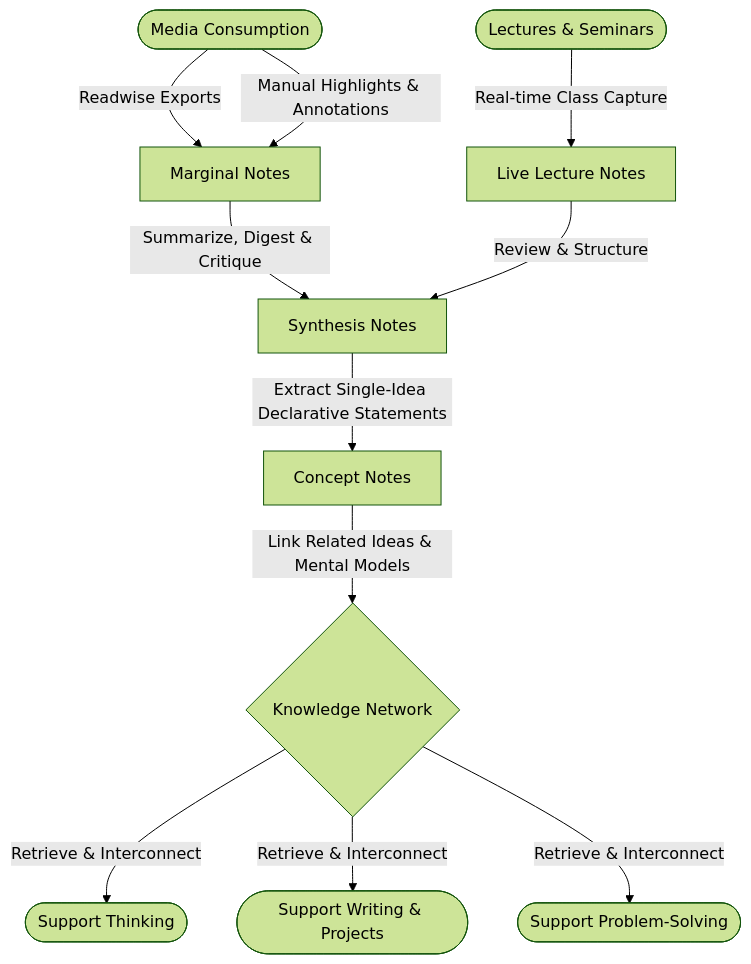
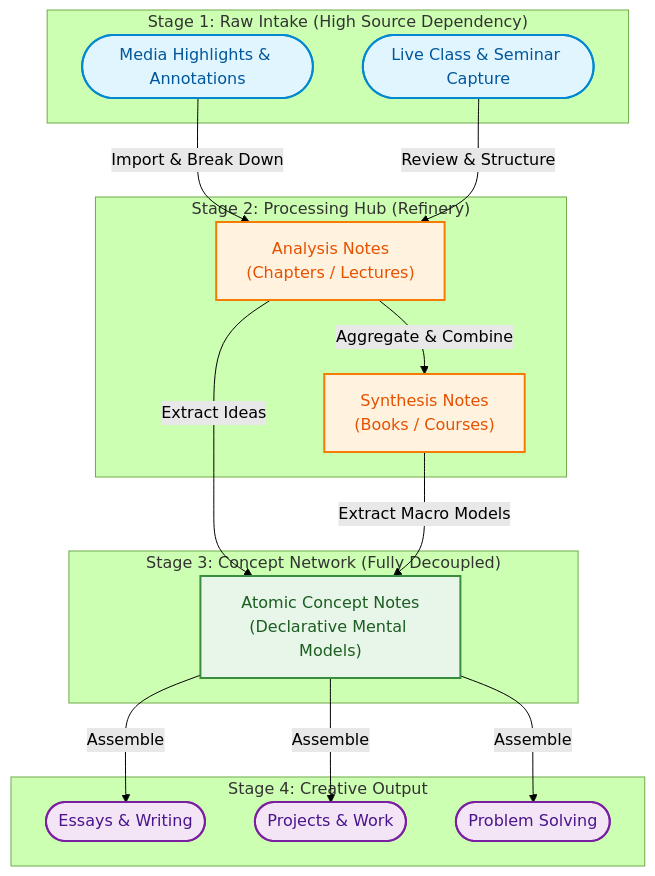
The diagram in README.md (matt2ology/tech-journal-and-blog), drawn with Mermaid (forest theme) before and after one commit. The commit also changed other lines of this file, not shown here.

Commit message:
refactor: enhance workflow diagram and update stage descriptions for clarity

````diff
--- a/README.md
+++ b/README.md
@@ -15,21 +15,42 @@
 ```mermaid
 flowchart TD
-    %% Intake Layer
-    A1([Media Consumption]) -->|Readwise Exports| B1[Marginal Notes]
-    A1 -->|Manual Highlights & Annotations| B1
-    A2([Lectures & Seminars]) -->|Real-time Class Capture| B2[Live Lecture Notes]
+    classDef stage1 fill:#e1f5fe,stroke:#0288d1,stroke-width:2px,color:#01579b;
+    classDef stage2 fill:#fff3e0,stroke:#f57c00,stroke-width:2px,color:#e65100;
+    classDef stage3 fill:#e8f5e9,stroke:#388e3c,stroke-width:2px,color:#1b5e20;
+    classDef stage4 fill:#f3e5f5,stroke:#7b1fa2,stroke-width:2px,color:#4a148c;
 
-    %% Synthesis Layer
-    B1 -->|Summarize, Digest & Critique| C[Synthesis Notes]
-    B2 -->|Review & Structure| C
+    subgraph S1 ["Stage 1: Raw Intake (High Source Dependency)"]
+        A1([Media Highlights & Annotations])
+        A2([Live Class & Seminar Capture])
+    end
 
-    %% Concept Layer
-    C -->|Extract Single-Idea Declarative Statements| D[Concept Notes]
+    subgraph S2 ["Stage 2: Processing Hub (Refinery)"]
+        B1["Analysis Notes\n(Chapters / Lectures)"]
+        B2["Synthesis Notes\n(Books / Courses)"]
+    end
 
-    %% Network & Output Layer
-    D -->|Link Related Ideas & Mental Models| E{Knowledge Network}
+    subgraph S3 ["Stage 3: Concept Network (Fully Decoupled)"]
+        C["Atomic Concept Notes\n(Declarative Mental Models)"]
+    end
 
-    E -->|Retrieve & Interconnect| F([Support Thinking])
-    E -->|Retrieve & Interconnect| G([Support Writing & Projects])
-    E -->|Retrieve & Interconnect| H([Support Problem-Solving])
+    subgraph S4 ["Stage 4: Creative Output"]
+        D1([Essays & Writing])
+        D2([Projects & Work])
+        D3([Problem Solving])
+    end
+
+    A1 -->|Import & Break Down| B1
+    A2 -->|Review & Structure| B1
+    B1 -->|Aggregate & Combine| B2
+    B1 -->|Extract Ideas| C
+    B2 -->|Extract Macro Models| C
+
+    C -->|Assemble| D1
+    C -->|Assemble| D2
+    C -->|Assemble| D3
+
+    class A1,A2 stage1;
+    class B1,B2 stage2;
+    class C stage3;
+    class D1,D2,D3 stage4;
 ```
````
